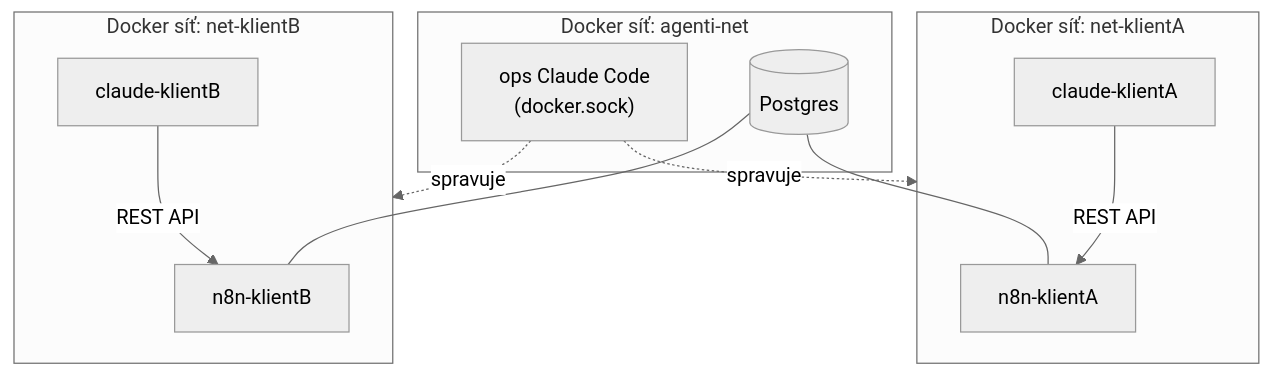
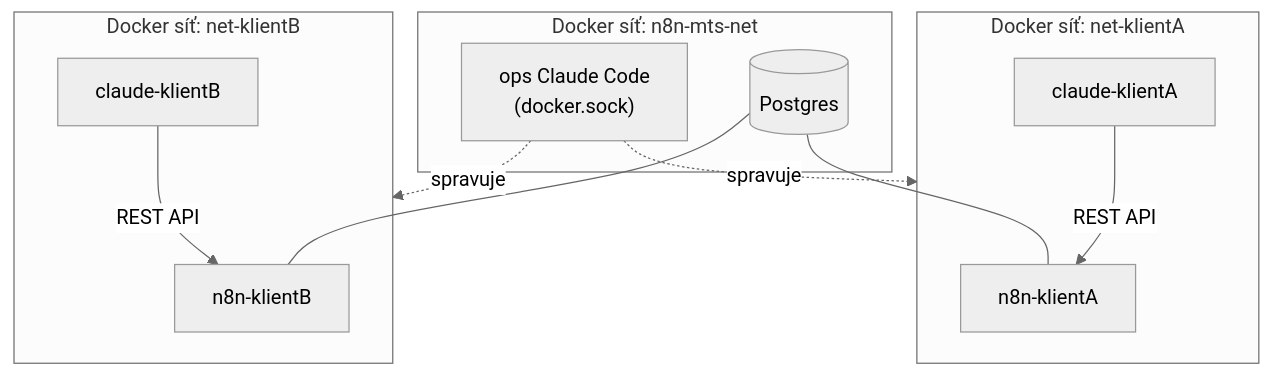
The third of 3 diagrams in README.md (p33cz/n8n-multi-tenant-starter), drawn with Mermaid (neutral theme) before and after one commit. The commit also changed other lines of this file and 3 other files, not shown here.

````diff
--- a/README.md
+++ b/README.md
@@ -74,21 +74,21 @@
 ```mermaid
 flowchart TB
-    subgraph opsnet["Docker síť: agenti-net"]
+    subgraph opsnet["Docker síť: n8n-mts-net"]
         OPS["ops Claude Code<br/>(docker.sock)"]
         PG[("Postgres")]
     end
     subgraph netA["Docker síť: net-klientA"]
         N8NA["n8n-klientA"]
         CCA["claude-klientA"]
     end
     subgraph netB["Docker síť: net-klientB"]
         N8NB["n8n-klientB"]
         CCB["claude-klientB"]
     end
     OPS -.spravuje.-> netA
     OPS -.spravuje.-> netB
     PG --- N8NA
     PG --- N8NB
     CCA -->|REST API| N8NA
     CCB -->|REST API| N8NB
 ```
````
